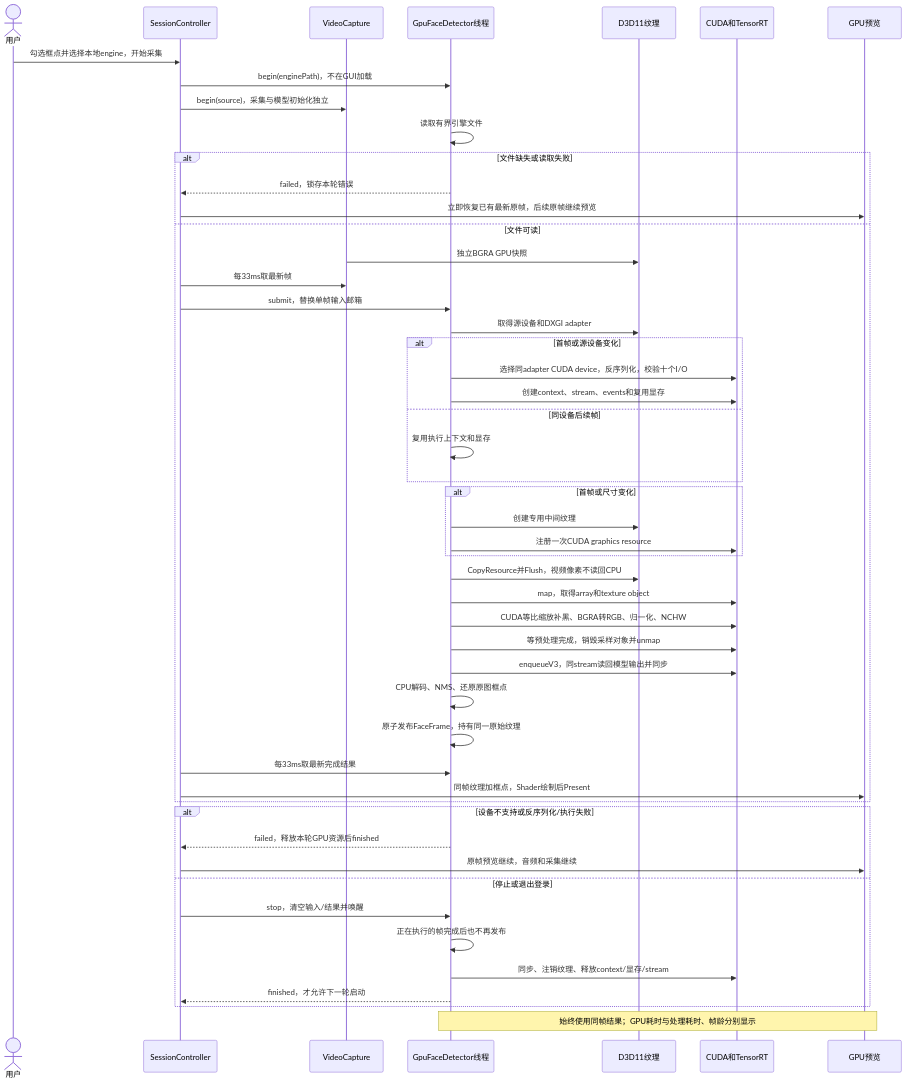
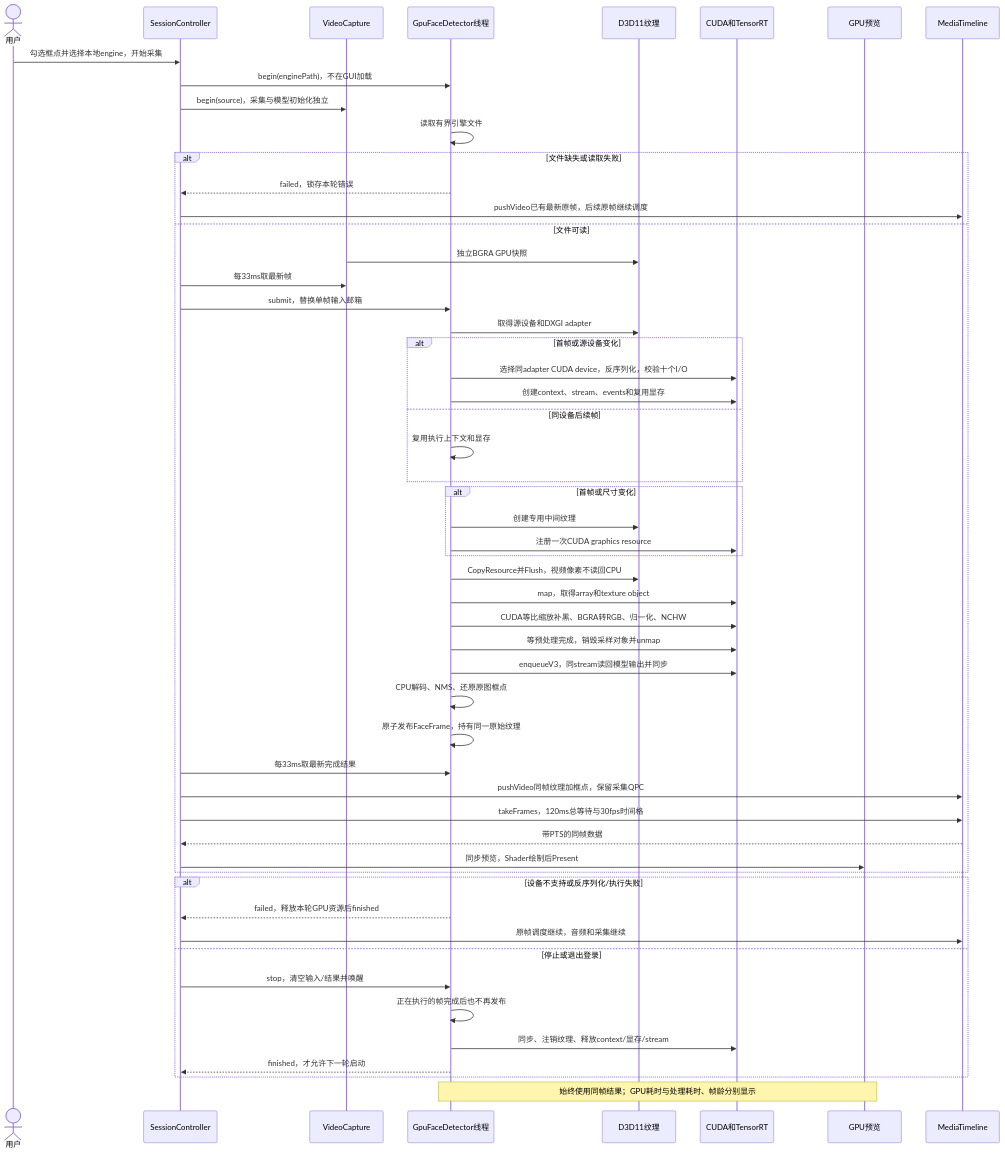
One commit to kingsman-svg/OBS changed the diagram in docs/uml/gpu-face.mmd. Above: the diagram before and after it, drawn with Mermaid. The commit also changed 35 other files, not shown here.

Commit message:
Add shared audio-video timeline before encoding

```diff
--- a/docs/uml/gpu-face.mmd
+++ b/docs/uml/gpu-face.mmd
@@ -1,50 +1,54 @@
 sequenceDiagram
 actor U as 用户
 participant C as SessionController
 participant W as VideoCapture
 participant F as GpuFaceDetector线程
 participant D as D3D11纹理
 participant G as CUDA和TensorRT
 participant P as GPU预览
+participant T as MediaTimeline
 U->>C: 勾选框点并选择本地engine，开始采集
 C->>F: begin(enginePath)，不在GUI加载
 C->>W: begin(source)，采集与模型初始化独立
 F->>F: 读取有界引擎文件
 alt 文件缺失或读取失败
 F-->>C: failed，锁存本轮错误
-C->>P: 立即恢复已有最新原帧，后续原帧继续预览
+C->>T: pushVideo已有最新原帧，后续原帧继续调度
 else 文件可读
 W->>D: 独立BGRA GPU快照
 C->>W: 每33ms取最新帧
 C->>F: submit，替换单帧输入邮箱
 F->>D: 取得源设备和DXGI adapter
 alt 首帧或源设备变化
 F->>G: 选择同adapter CUDA device，反序列化，校验十个I/O
 F->>G: 创建context、stream、events和复用显存
 else 同设备后续帧
 F->>F: 复用执行上下文和显存
 end
 alt 首帧或尺寸变化
 F->>D: 创建专用中间纹理
 F->>G: 注册一次CUDA graphics resource
 end
 F->>D: CopyResource并Flush，视频像素不读回CPU
 F->>G: map，取得array和texture object
 F->>G: CUDA等比缩放补黑、BGRA转RGB、归一化、NCHW
 F->>G: 等预处理完成，销毁采样对象并unmap
 F->>G: enqueueV3，同stream读回模型输出并同步
 F->>F: CPU解码、NMS、还原原图框点
 F->>F: 原子发布FaceFrame，持有同一原始纹理
 C->>F: 每33ms取最新完成结果
-C->>P: 同帧纹理加框点，Shader绘制后Present
+C->>T: pushVideo同帧纹理加框点，保留采集QPC
+C->>T: takeFrames，120ms总等待与30fps时间格
+T-->>C: 带PTS的同帧数据
+C->>P: 同步预览，Shader绘制后Present
 end
 alt 设备不支持或反序列化/执行失败
 F-->>C: failed，释放本轮GPU资源后finished
-C->>P: 原帧预览继续，音频和采集继续
+C->>T: 原帧调度继续，音频和采集继续
 else 停止或退出登录
 C->>F: stop，清空输入/结果并唤醒
 F->>F: 正在执行的帧完成后也不再发布
 F->>G: 同步、注销纹理、释放context/显存/stream
 F-->>C: finished，才允许下一轮启动
 end
 Note over F,P: 始终使用同帧结果；GPU耗时与处理耗时、帧龄分别显示
```
